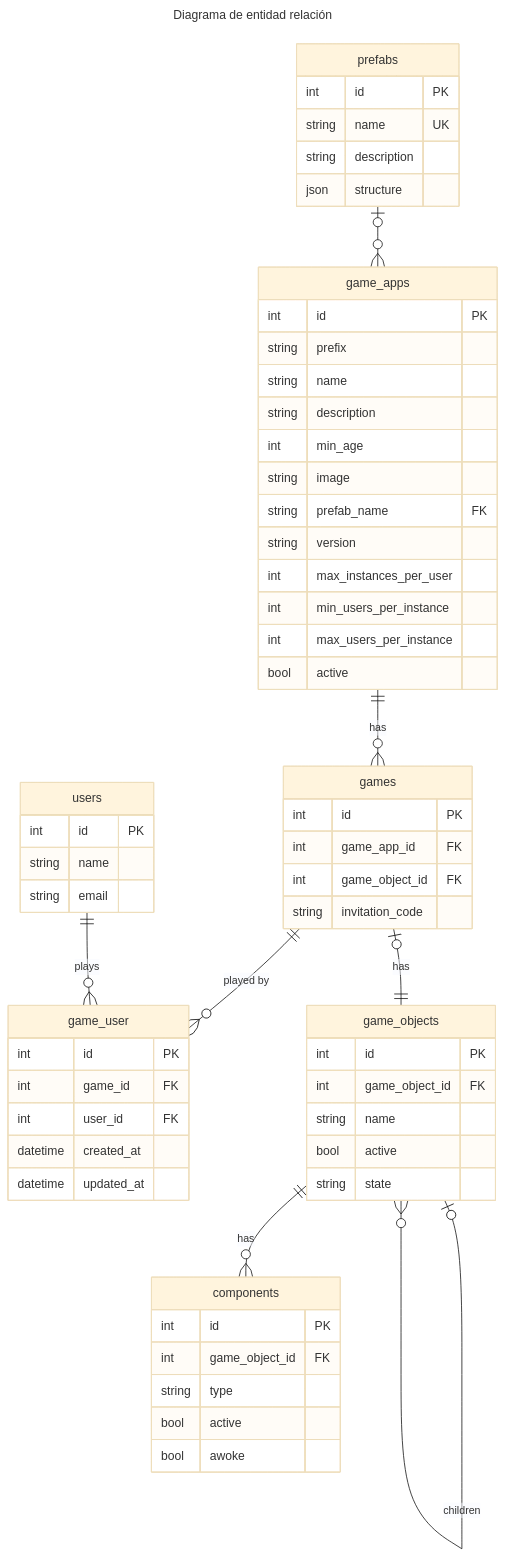
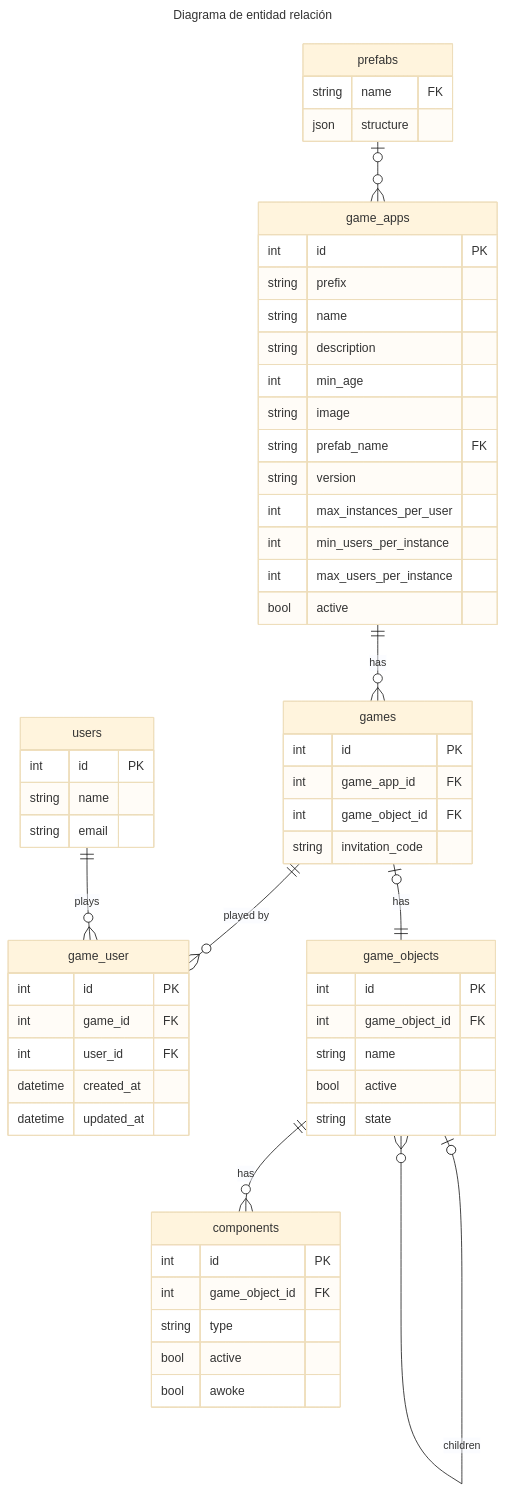
One commit to eormeno/base-project changed the second of 2 diagrams in docs/class_diagrams.md. Above: the diagram before and after it, drawn with Mermaid (base theme). The commit also changed other lines of this file and 6 other files, not shown here.

````diff
--- a/docs/class_diagrams.md
+++ b/docs/class_diagrams.md
@@ -75,72 +74,70 @@
 ```mermaid
 ---
 title: Diagrama de entidad relación
 ---
 erDiagram
     game_apps ||--o{ games : "has"
     games ||--o{ game_user : "played by"
     game_objects ||--o{ components : "has"
     game_objects one or zero -- zero or many game_objects : "children"
     prefabs one or zero --o{ game_apps : ""
     users ||--o{ game_user : "plays"
     games one or zero -- 1 game_objects : "has"
 
     game_apps {
         int id PK
         string prefix
         string name
         string description
         int min_age
         string image
         string prefab_name FK
         string version
         int max_instances_per_user
         int min_users_per_instance
         int max_users_per_instance
         bool active
     }
 
     games {
         int id PK
         int game_app_id FK
         int game_object_id FK
         string invitation_code
     }
 
     game_user {
         int id PK
         int game_id FK
         int user_id FK
         datetime created_at
         datetime updated_at
     }
 
     prefabs {
-        int id PK
-        string name UK
-        string description
+        string name FK
         json structure
     }
 
     game_objects {
         int id PK
         int game_object_id FK
         string name
         bool active
         string state
     }
 
     components {
         int id PK
         int game_object_id FK
         string type
         bool active
         bool awoke
     }
 
     users {
         int id PK
         string name
         string email
     }
 ```
````
